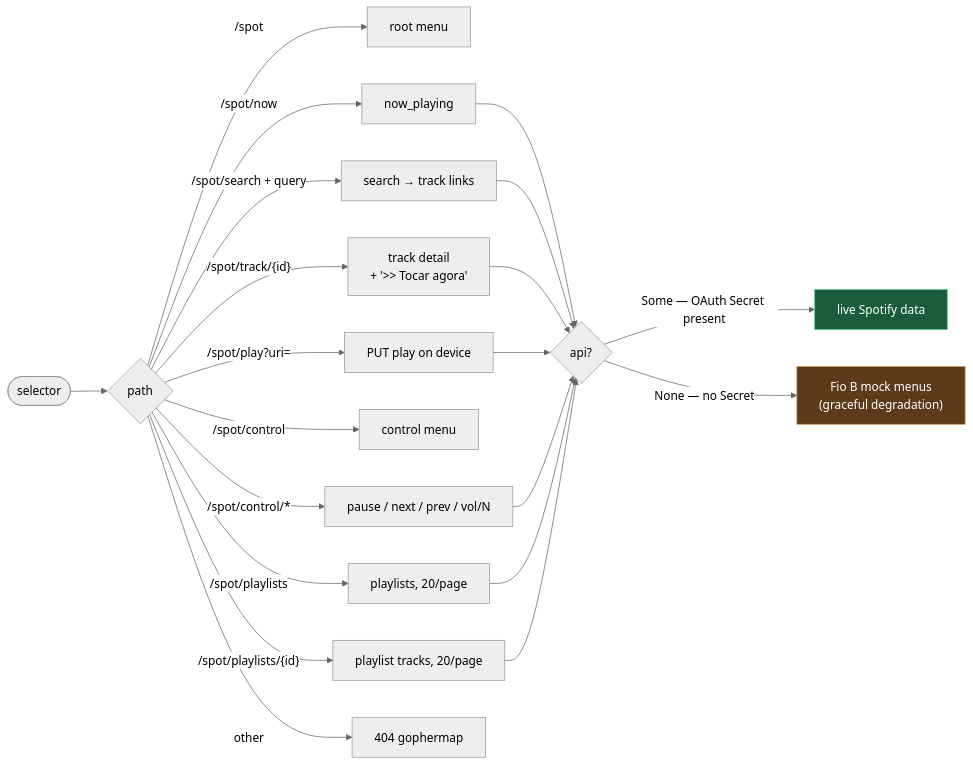
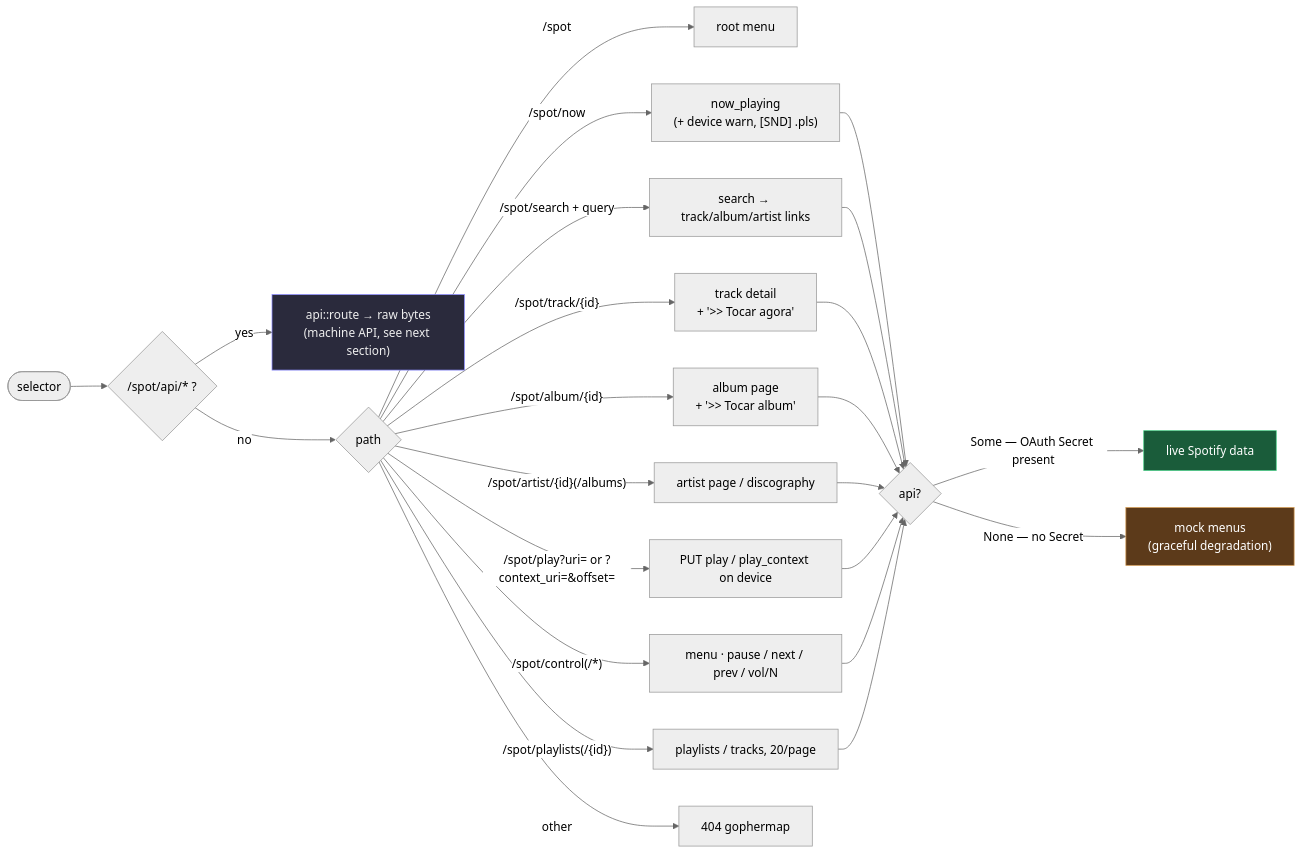
The fourth of 6 diagrams in README.md (felipedbene/gopher-spot), drawn with Mermaid (neutral theme) before and after one commit. The commit also changed other lines of this file, not shown here.

First line of the commit message:
docs(readme): resync with the machine API, Latin-1, and current scale

````diff
--- a/README.md
+++ b/README.md
@@ -271,21 +292,24 @@
 ```mermaid
 flowchart LR
-    S([selector]) --> P{path}
+    S([selector]) --> W{"/spot/api/* ?"}
+    W -->|yes| API["api::route → raw bytes<br/>(machine API, see next section)"]
+    W -->|no| P{path}
     P -->|"/spot"| ROOT[root menu]
-    P -->|"/spot/now"| NOW[now_playing]
-    P -->|"/spot/search + query"| SR[search → track links]
+    P -->|"/spot/now"| NOW["now_playing<br/>(+ device warn, [SND] .pls)"]
+    P -->|"/spot/search + query"| SR[search → track/album/artist links]
     P -->|"/spot/track/{id}"| TR["track detail<br/>+ '>> Tocar agora'"]
-    P -->|"/spot/play?uri="| PL[PUT play on device]
-    P -->|"/spot/control"| CM[control menu]
-    P -->|"/spot/control/*"| CTL["pause / next / prev / vol/N"]
-    P -->|"/spot/playlists"| PLS["playlists, 20/page"]
-    P -->|"/spot/playlists/{id}"| PT["playlist tracks, 20/page"]
+    P -->|"/spot/album/{id}"| AL["album page<br/>+ '>> Tocar album'"]
+    P -->|"/spot/artist/{id}(/albums)"| AR["artist page / discography"]
+    P -->|"/spot/play?uri= or ?context_uri=&offset="| PL[PUT play / play_context on device]
+    P -->|"/spot/control(/*)"| CTL["menu · pause / next / prev / vol/N"]
+    P -->|"/spot/playlists(/{id})"| PLS["playlists / tracks, 20/page"]
     P -->|"other"| NF[404 gophermap]
 
-    NOW & SR & TR & PL & CTL & PLS & PT --> A{api?}
+    NOW & SR & TR & AL & AR & PL & CTL & PLS --> A{api?}
     A -->|Some — OAuth Secret present| LIVE[live Spotify data]
-    A -->|None — no Secret| MOCK["Fio B mock menus<br/>(graceful degradation)"]
+    A -->|None — no Secret| MOCK["mock menus<br/>(graceful degradation)"]
 
     style MOCK fill:#5c3a1a,stroke:#d1974f,color:#fff
     style LIVE fill:#1a5c3a,stroke:#4fd18b,color:#fff
+    style API fill:#2a2a3c,stroke:#8b8bff,color:#eee
 ```
````
